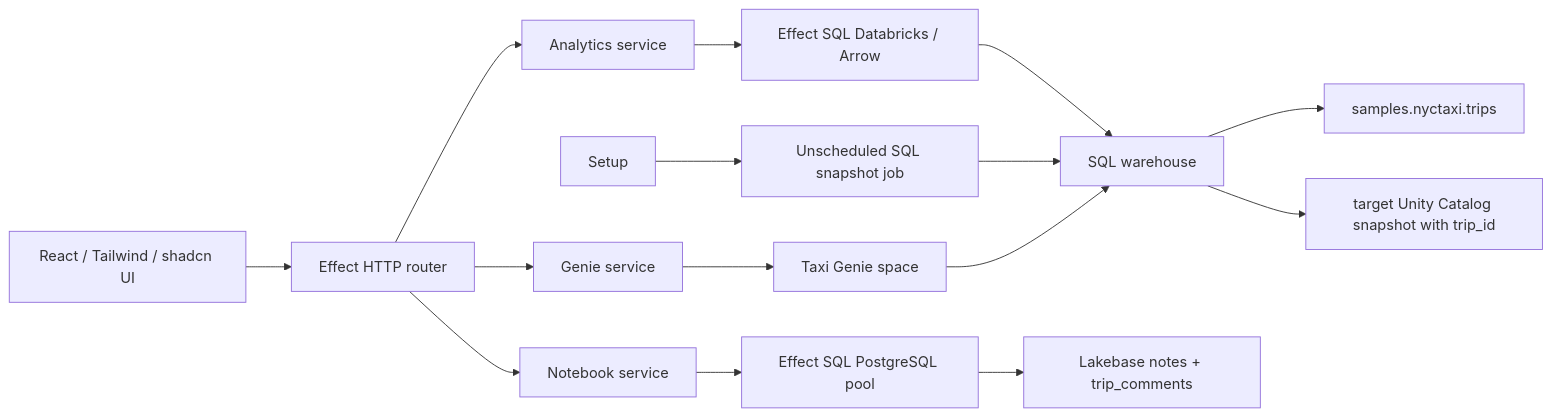
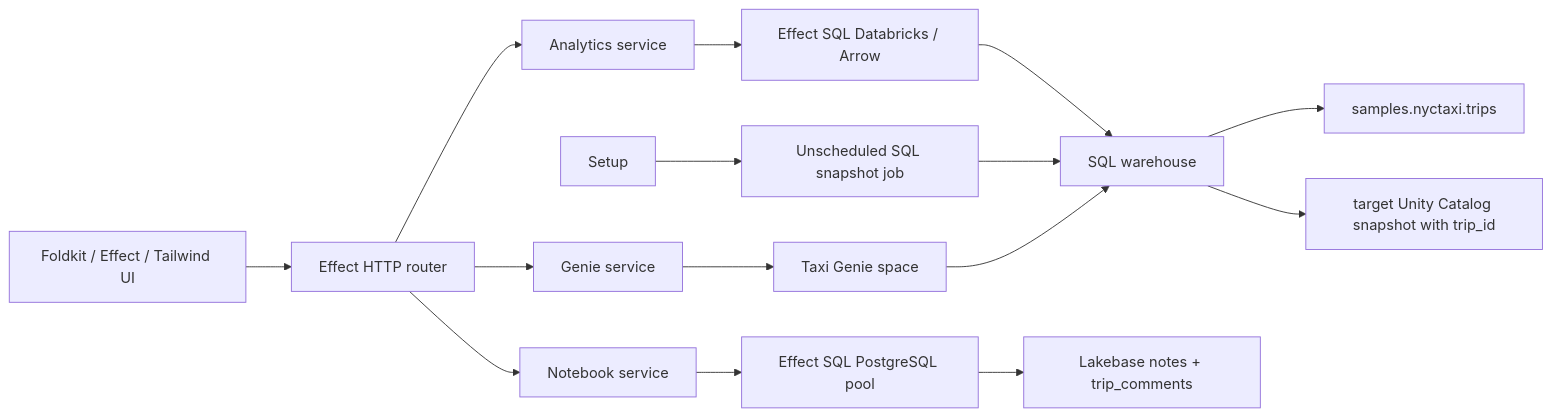
One commit to dsiem/effect-databricks-app changed the diagram in docs/data-access.md. Above: the diagram before and after it, drawn with Mermaid. The commit also changed 69 other files, not shown here.

Commit message:
refactor(client): replace React with Foldkit

````diff
--- a/docs/data-access.md
+++ b/docs/data-access.md
@@ -3,17 +3,17 @@
 ```mermaid
 flowchart LR
-  UI[React / Tailwind / shadcn UI] --> API[Effect HTTP router]
+  UI[Foldkit / Effect / Tailwind UI] --> API[Effect HTTP router]
   API --> Analytics[Analytics service]
   Analytics --> Arrow[Effect SQL Databricks / Arrow]
   Arrow --> Warehouse[SQL warehouse]
   Warehouse --> Source[samples.nyctaxi.trips]
   Setup --> Seed[Unscheduled SQL snapshot job]
   Seed --> Warehouse
   Warehouse --> Snapshot[target Unity Catalog snapshot with trip_id]
   API --> Genie[Genie service]
   Genie --> Space[Taxi Genie space]
   Space --> Warehouse
   API --> Notebook[Notebook service]
   Notebook --> Pool[Effect SQL PostgreSQL pool]
   Pool --> Lakebase[Lakebase notes + trip_comments]
 ```
````
